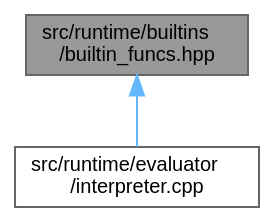
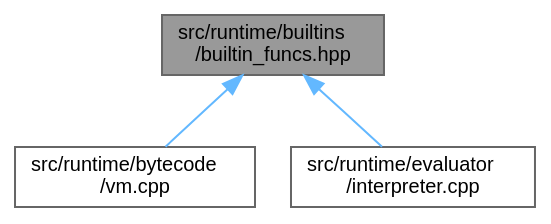
One commit to kejunp/kejunp.github.io changed the diagram in pebbl/docs/builtin__funcs_8hpp__dep__incl.dot. Above: the diagram before and after it, drawn with Graphviz. The commit also changed 238 other files, not shown here.

```diff
--- a/pebbl/docs/builtin__funcs_8hpp__dep__incl.dot
+++ b/pebbl/docs/builtin__funcs_8hpp__dep__incl.dot
@@ -1,10 +1,12 @@
 digraph "src/runtime/builtins/builtin_funcs.hpp"
 {
  // LATEX_PDF_SIZE
   bgcolor="transparent";
   edge [fontname=Helvetica,fontsize=10,labelfontname=Helvetica,labelfontsize=10];
   node [fontname=Helvetica,fontsize=10,shape=box,height=0.2,width=0.4];
   Node1 [id="Node000001",label="src/runtime/builtins\l/builtin_funcs.hpp",height=0.2,width=0.4,color="gray40", fillcolor="grey60", style="filled", fontcolor="black",tooltip="Implementation of all PEBBL builtin functions."];
   Node1 -> Node2 [id="edge1_Node000001_Node000002",dir="back",color="steelblue1",style="solid",tooltip=" "];
-  Node2 [id="Node000002",label="src/runtime/evaluator\l/interpreter.cpp",height=0.2,width=0.4,color="grey40", fillcolor="white", style="filled",URL="$interpreter_8cpp.html",tooltip="Implementation of the main interpreter."];
+  Node2 [id="Node000002",label="src/runtime/bytecode\l/vm.cpp",height=0.2,width=0.4,color="grey40", fillcolor="white", style="filled",URL="$vm_8cpp.html",tooltip="Implementation of the PEBBL virtual machine."];
+  Node1 -> Node3 [id="edge2_Node000001_Node000003",dir="back",color="steelblue1",style="solid",tooltip=" "];
+  Node3 [id="Node000003",label="src/runtime/evaluator\l/interpreter.cpp",height=0.2,width=0.4,color="grey40", fillcolor="white", style="filled",URL="$interpreter_8cpp.html",tooltip="Implementation of the main interpreter."];
 }
```
